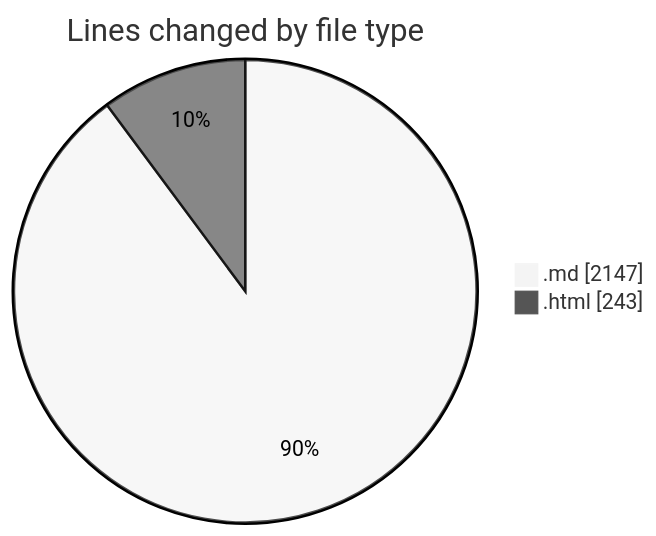
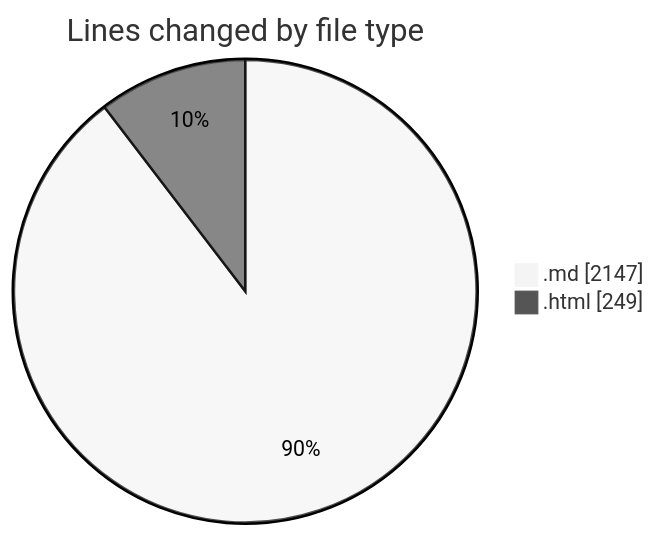
The first of 2 diagrams in 2025-07-07/urlwebwala_intership_work/README.md (Ritupan-Deka/code-tracking), drawn with Mermaid (neutral theme) before and after one commit. The commit also changed other lines of this file and 1 other file, not shown here.

````diff
--- a/2025-07-07/urlwebwala_intership_work/README.md
+++ b/2025-07-07/urlwebwala_intership_work/README.md
@@ -25,6 +25,6 @@
 ```mermaid
 pie showData
 title Lines changed by file type
 ".md" : 2147
-".html" : 243
+".html" : 249
 ```
````
